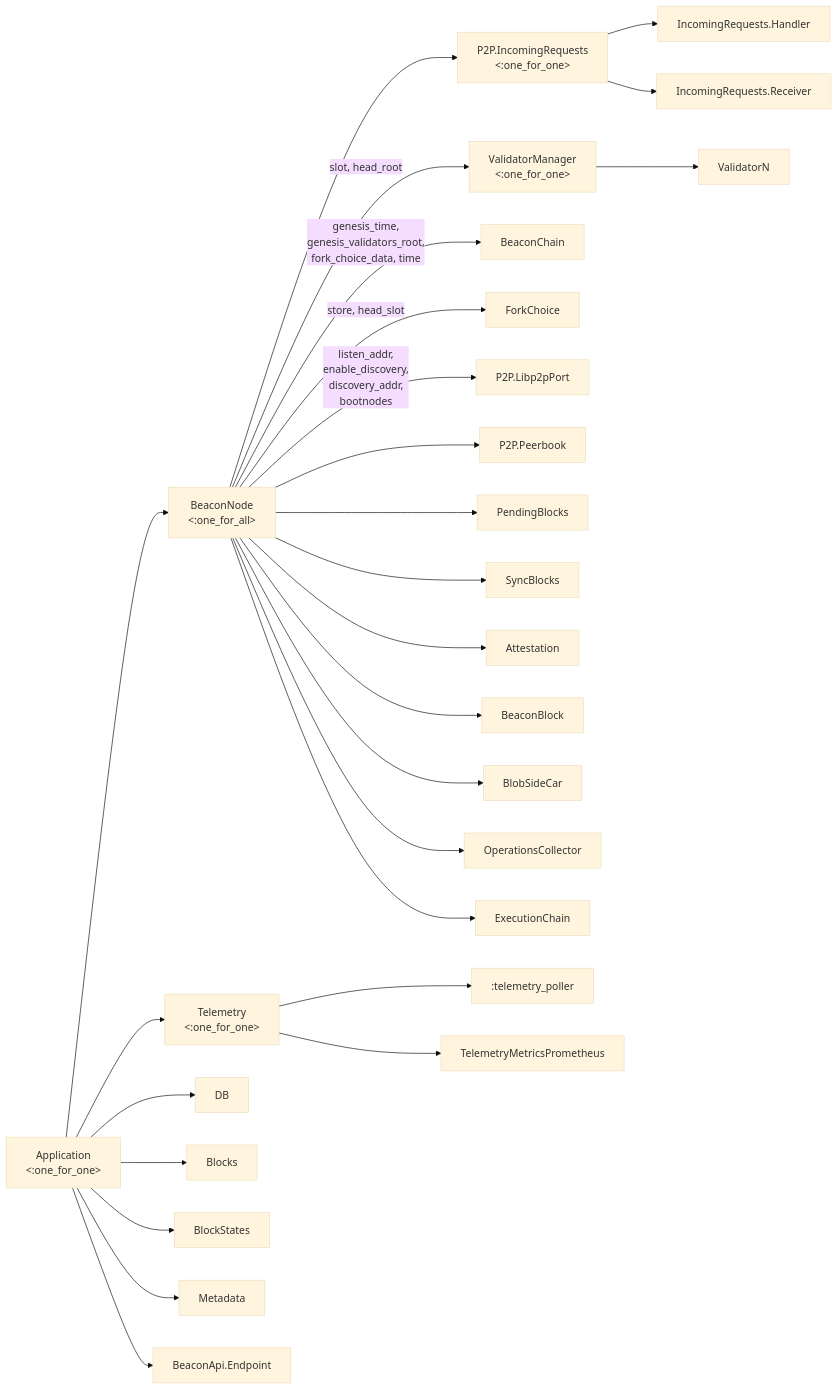
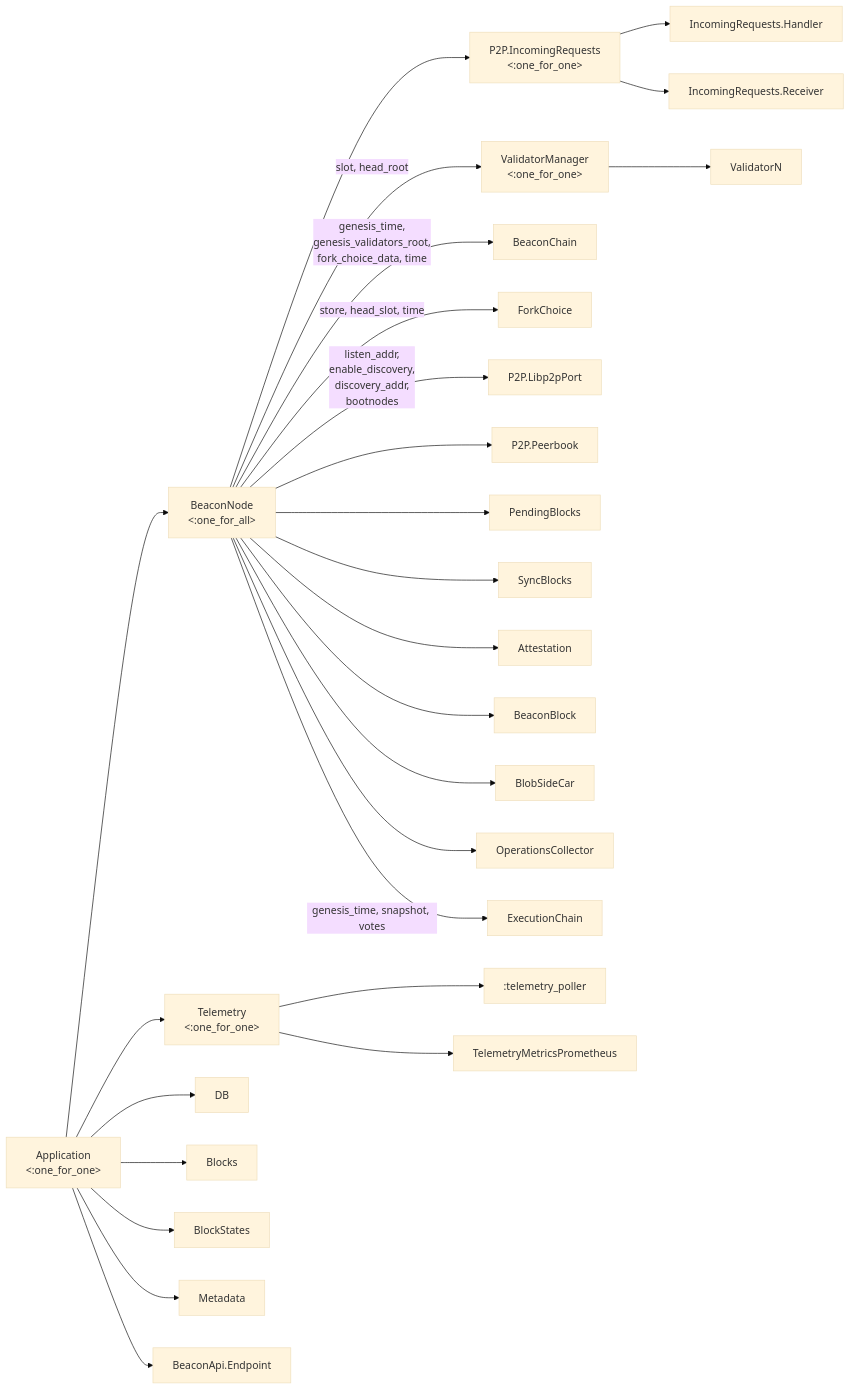
Before and after one commit to lambdaclass/lambda_ethereum_consensus: the first of 6 diagrams in docs/architecture.md, drawn with Mermaid (base theme).

Commit message:
Applied suggestions

````diff
--- a/docs/architecture.md
+++ b/docs/architecture.md
@@ -9,37 +9,37 @@
 ```mermaid
 graph LR
 Application[Application <br> <:one_for_one>]
 BeaconNode[BeaconNode <br> <:one_for_all>]
 P2P.IncomingRequests[P2P.IncomingRequests <br> <:one_for_one>]
 ValidatorManager[ValidatorManager <br> <:one_for_one>]
 Telemetry[Telemetry <br> <:one_for_one>]
 
 Application --> Telemetry
 Application --> DB
 Application --> Blocks
 Application --> BlockStates
 Application --> Metadata
 Application --> BeaconNode
 Application --> BeaconApi.Endpoint
 
 BeaconNode -->|genesis_time,<br>genesis_validators_root,<br> fork_choice_data, time| BeaconChain 
-BeaconNode -->|store, head_slot| ForkChoice
+BeaconNode -->|store, head_slot, time| ForkChoice
 BeaconNode -->|listen_addr, <br>enable_discovery, <br> discovery_addr, <br>bootnodes| P2P.Libp2pPort
 BeaconNode --> P2P.Peerbook
 BeaconNode --> P2P.IncomingRequests
 BeaconNode --> PendingBlocks
 BeaconNode --> SyncBlocks
 BeaconNode --> Attestation
 BeaconNode --> BeaconBlock
 BeaconNode --> BlobSideCar
 BeaconNode --> OperationsCollector
 BeaconNode -->|slot, head_root| ValidatorManager
-BeaconNode --> ExecutionChain
+BeaconNode -->|genesis_time, snapshot, votes| ExecutionChain
 ValidatorManager --> ValidatorN
 
 P2P.IncomingRequests --> IncomingRequests.Handler
 P2P.IncomingRequests --> IncomingRequests.Receiver
 
 Telemetry --> :telemetry_poller
 Telemetry --> TelemetryMetricsPrometheus
 ```
````
